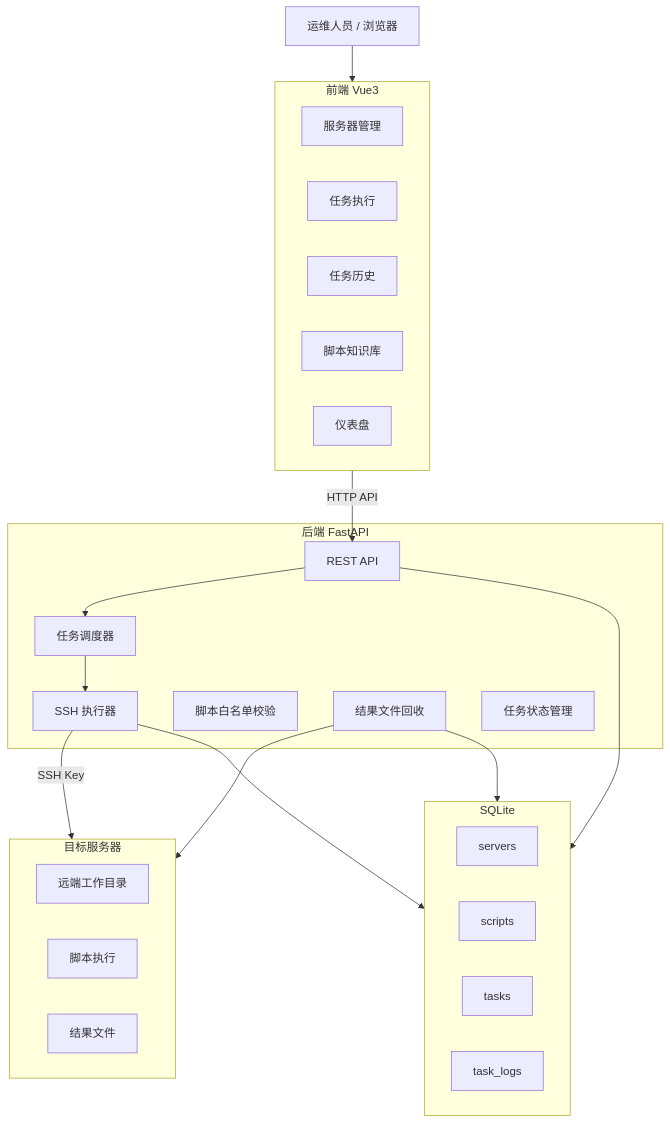
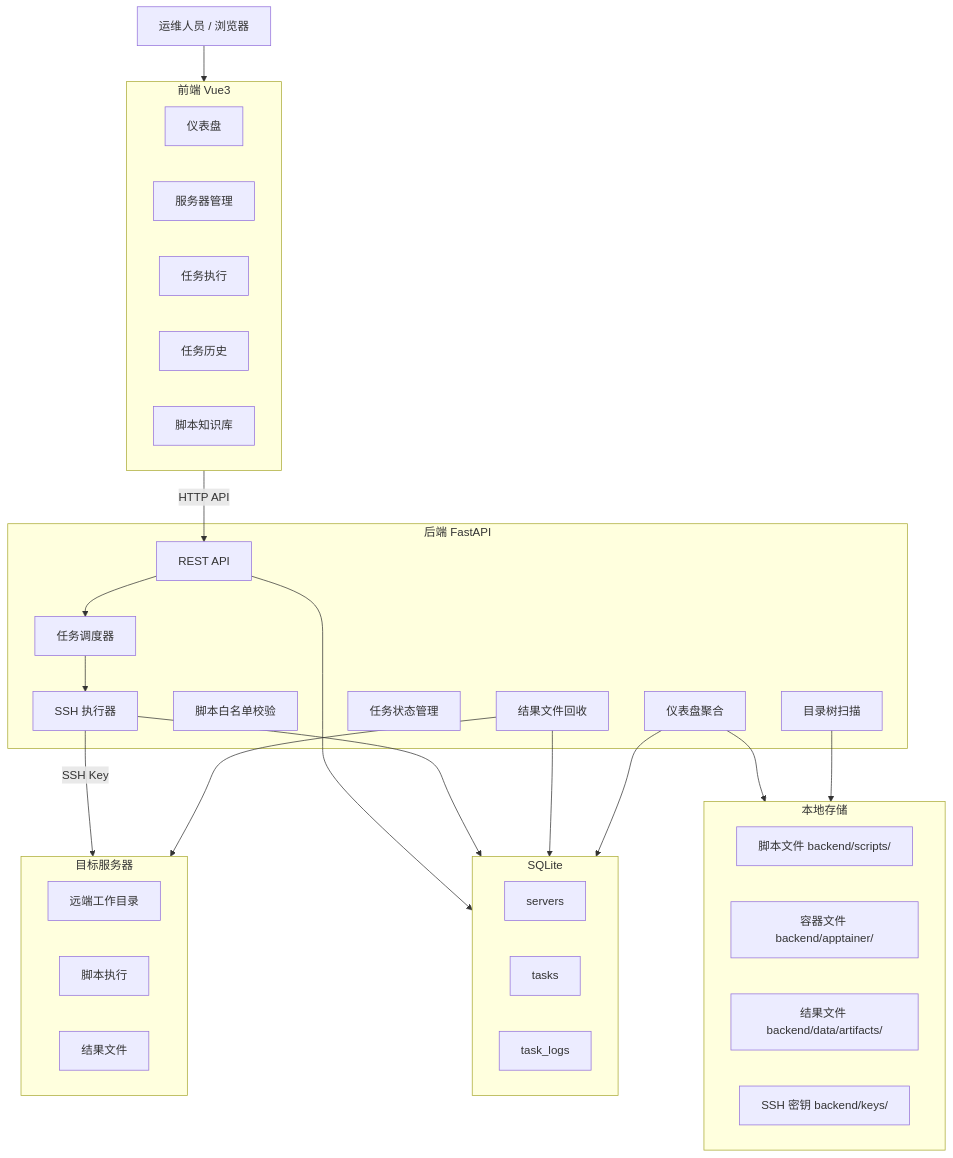
One commit to mjzappzz/hpc-deploy changed the first of 2 diagrams in docs/architecture.md. Above: the diagram before and after it, drawn with Mermaid. The commit also changed other lines of this file and 30 other files, not shown here.

````diff
--- a/docs/architecture.md
+++ b/docs/architecture.md
@@ -43,44 +47,55 @@
 ```mermaid
 flowchart TB
     User[运维人员 / 浏览器]
 
     subgraph Frontend[前端 Vue3]
-        F1[服务器管理]
-        F2[任务执行]
-        F3[任务历史]
-        F4[脚本知识库]
-        F5[仪表盘]
+        F1[仪表盘]
+        F2[服务器管理]
+        F3[任务执行]
+        F4[任务历史]
+        F5[脚本知识库]
     end
 
     subgraph Backend[后端 FastAPI]
         B1[REST API]
         B2[任务调度器]
         B3[SSH 执行器]
         B4[脚本白名单校验]
         B5[结果文件回收]
         B6[任务状态管理]
+        B7[仪表盘聚合]
+        B8[目录树扫描]
     end
 
     subgraph Database[SQLite]
         D1[servers]
-        D2[scripts]
-        D3[tasks]
-        D4[task_logs]
+        D2[tasks]
+        D3[task_logs]
+    end
+
+    subgraph Storage[本地存储]
+        S1[脚本文件 backend/scripts/]
+        S2[容器文件 backend/apptainer/]
+        S3[结果文件 backend/data/artifacts/]
+        S4[SSH 密钥 backend/keys/]
     end
 
     subgraph Target[目标服务器]
         T1[远端工作目录]
         T2[脚本执行]
         T3[结果文件]
     end
 
     User --> Frontend
     Frontend -->|HTTP API| B1
     B1 --> Database
     B1 --> B2
     B2 --> B3
     B3 -->|SSH Key| Target
     B3 --> Database
     B5 --> Target
     B5 --> Database
+    B7 --> Database
+    B7 --> Storage
+    B8 --> Storage
 ```
````
